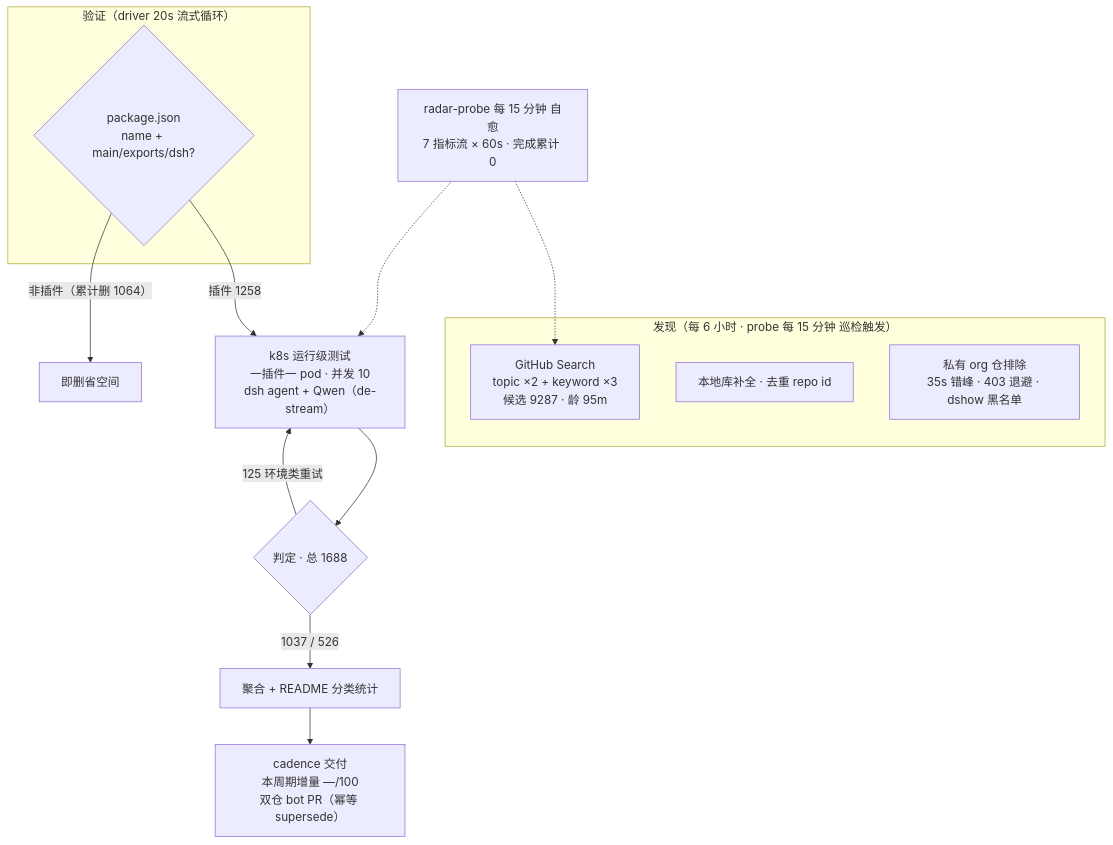
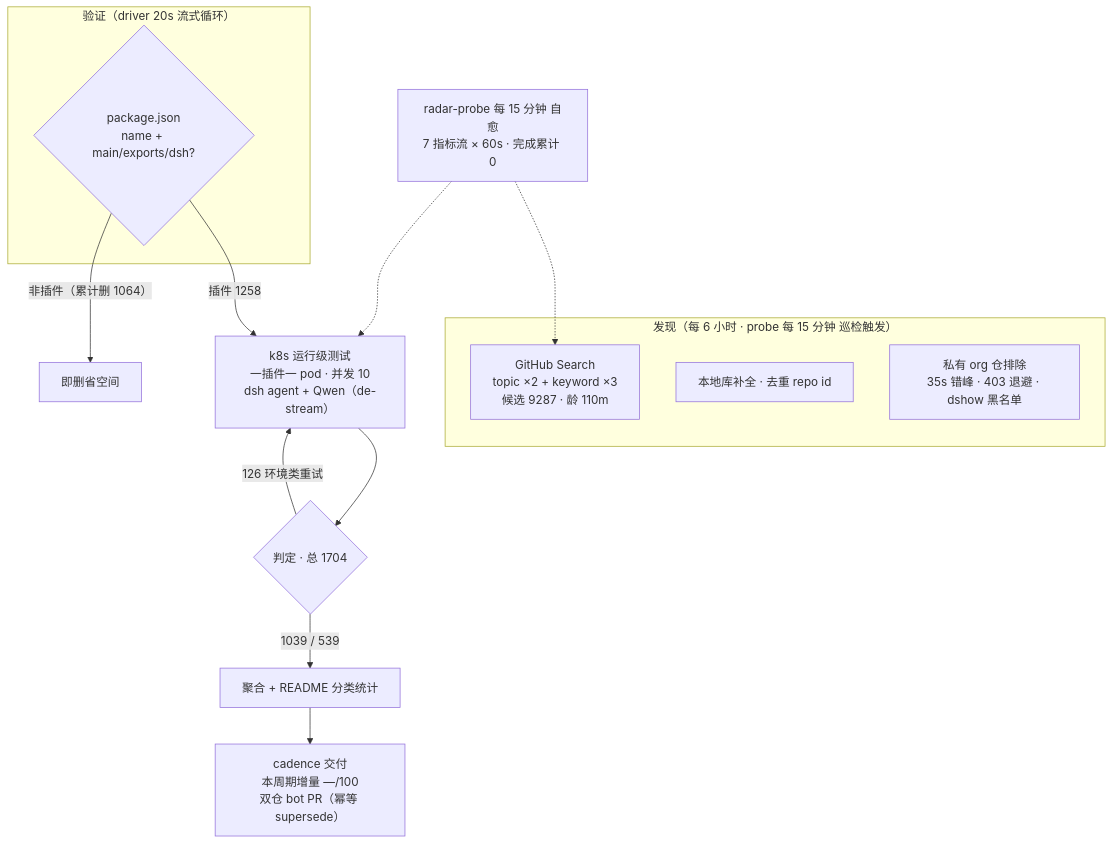
One commit to Zhidao-Lab-OSS/awesome-dsh-plugins changed the diagram in README.md. Above: the diagram before and after it, drawn with Mermaid. The commit also changed other lines of this file and 1 other file, not shown here.

````diff
--- a/README.md
+++ b/README.md
@@ -37,19 +37,19 @@
 ```mermaid
 flowchart TB
     subgraph Discovery[" 发现（每 6 小时 · probe 每 15 分钟 巡检触发）"]
-        A1["GitHub Search<br/>topic ×2 + keyword ×3<br/>候选 9287 · 龄 95m"]
+        A1["GitHub Search<br/>topic ×2 + keyword ×3<br/>候选 9287 · 龄 110m"]
         A2["本地库补全 · 去重 repo id"]
         A3[" 私有 org 仓排除<br/>35s 错峰 · 403 退避 · dshow 黑名单"]
     end
     subgraph Validation[" 验证（driver 20s 流式循环）"]
         B1{"package.json<br/>name + main/exports/dsh?"}
     end
     B1 -->|"插件 1258"| C1["k8s 运行级测试<br/>一插件一 pod · 并发 10<br/>dsh agent + Qwen（de-stream）"]
     B1 -->|"非插件（累计删 1064）"| B3[" 即删省空间"]
-    C1 --> D1{"判定 · 总 1688"}
-    D1 -->|" 1037 /  526"| E1["聚合 + README 分类统计"]
-    D1 -->|" 125 环境类重试"| C1
+    C1 --> D1{"判定 · 总 1704"}
+    D1 -->|" 1039 /  539"| E1["聚合 + README 分类统计"]
+    D1 -->|" 126 环境类重试"| C1
     E1 --> E2["cadence 交付<br/>本周期增量 —/100<br/>双仓 bot PR（幂等 supersede）"]
     M[" radar-probe 每 15 分钟 自愈<br/>7 指标流 × 60s · 完成累计 0"] -.-> A1
     M -.-> C1
 ```
````
